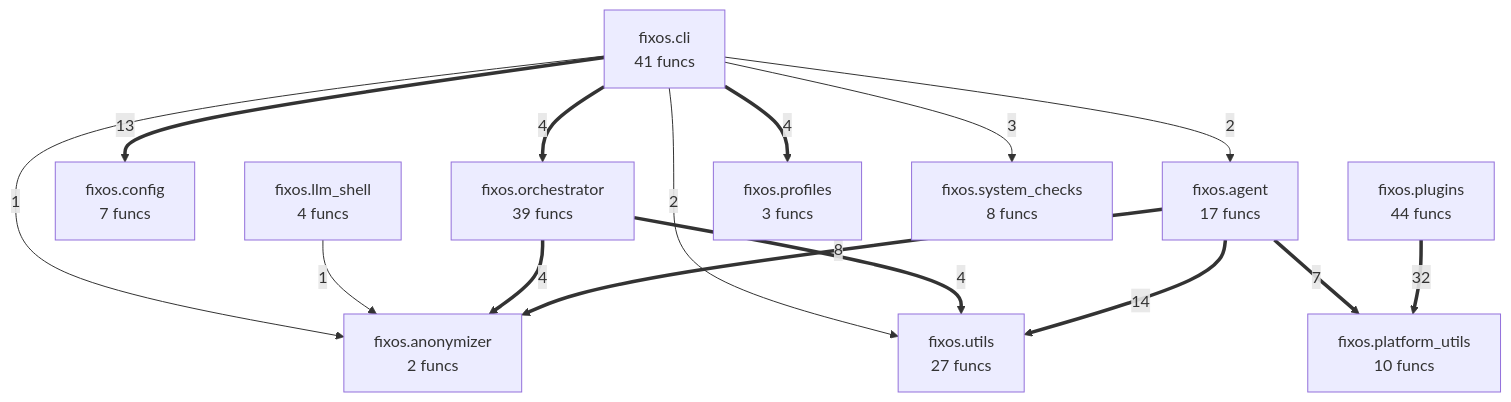
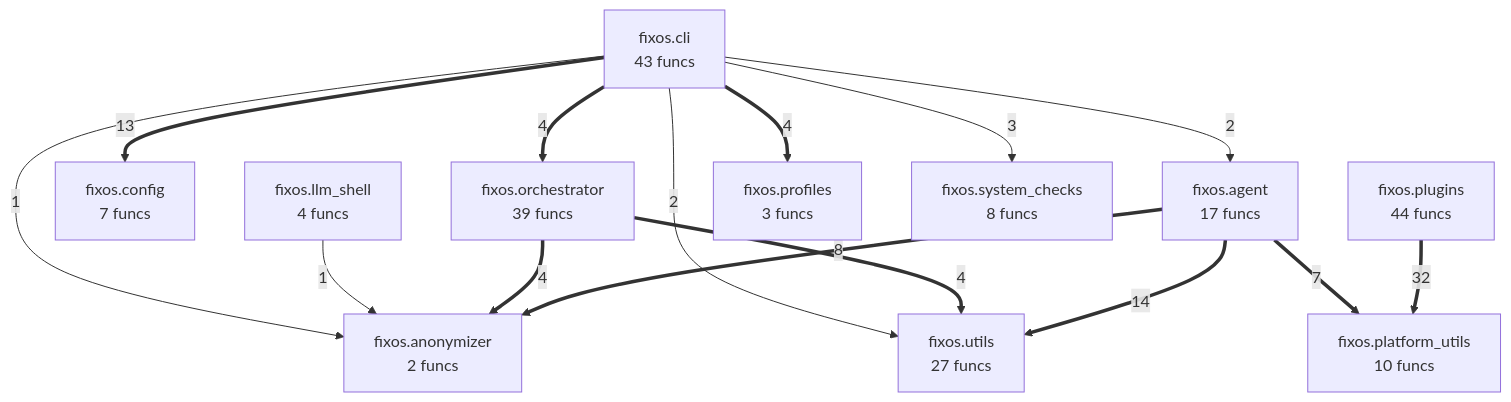
One commit to wronai/fixos changed the diagram in project/compact_flow.mmd. Above: the diagram before and after it, drawn with Mermaid. The commit also changed 41 other files, not shown here.

```diff
--- a/project/compact_flow.mmd
+++ b/project/compact_flow.mmd
@@ -1,26 +1,26 @@
 flowchart TD
     fixos_agent["fixos.agent<br/>17 funcs"]
     fixos_anonymizer["fixos.anonymizer<br/>2 funcs"]
-    fixos_cli["fixos.cli<br/>41 funcs"]
+    fixos_cli["fixos.cli<br/>43 funcs"]
     fixos_config["fixos.config<br/>7 funcs"]
     fixos_llm_shell["fixos.llm_shell<br/>4 funcs"]
     fixos_orchestrator["fixos.orchestrator<br/>39 funcs"]
     fixos_platform_utils["fixos.platform_utils<br/>10 funcs"]
     fixos_plugins["fixos.plugins<br/>44 funcs"]
     fixos_profiles["fixos.profiles<br/>3 funcs"]
     fixos_system_checks["fixos.system_checks<br/>8 funcs"]
     fixos_utils["fixos.utils<br/>27 funcs"]
     fixos_plugins ==>|32| fixos_platform_utils
     fixos_agent ==>|14| fixos_utils
     fixos_cli ==>|13| fixos_config
     fixos_agent ==>|8| fixos_anonymizer
     fixos_agent ==>|7| fixos_platform_utils
     fixos_orchestrator ==>|4| fixos_anonymizer
     fixos_orchestrator ==>|4| fixos_utils
     fixos_cli ==>|4| fixos_orchestrator
     fixos_cli ==>|4| fixos_profiles
     fixos_cli -->|3| fixos_system_checks
     fixos_cli -->|2| fixos_agent
     fixos_cli -->|2| fixos_utils
     fixos_llm_shell -->|1| fixos_anonymizer
     fixos_cli -->|1| fixos_anonymizer
```
